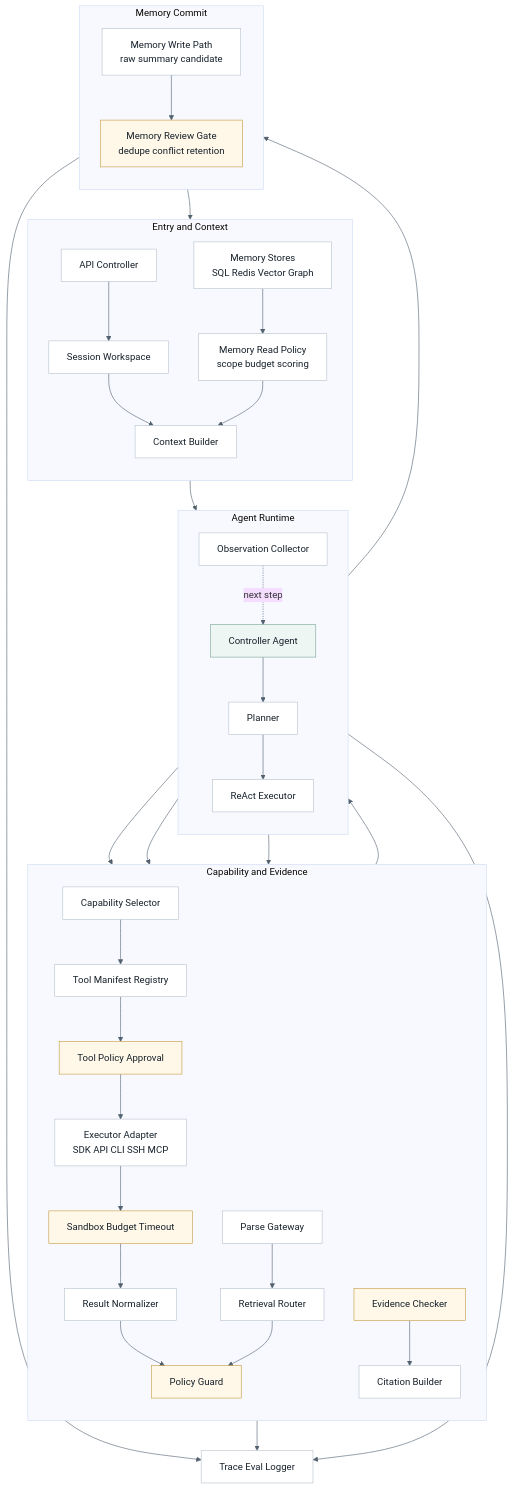
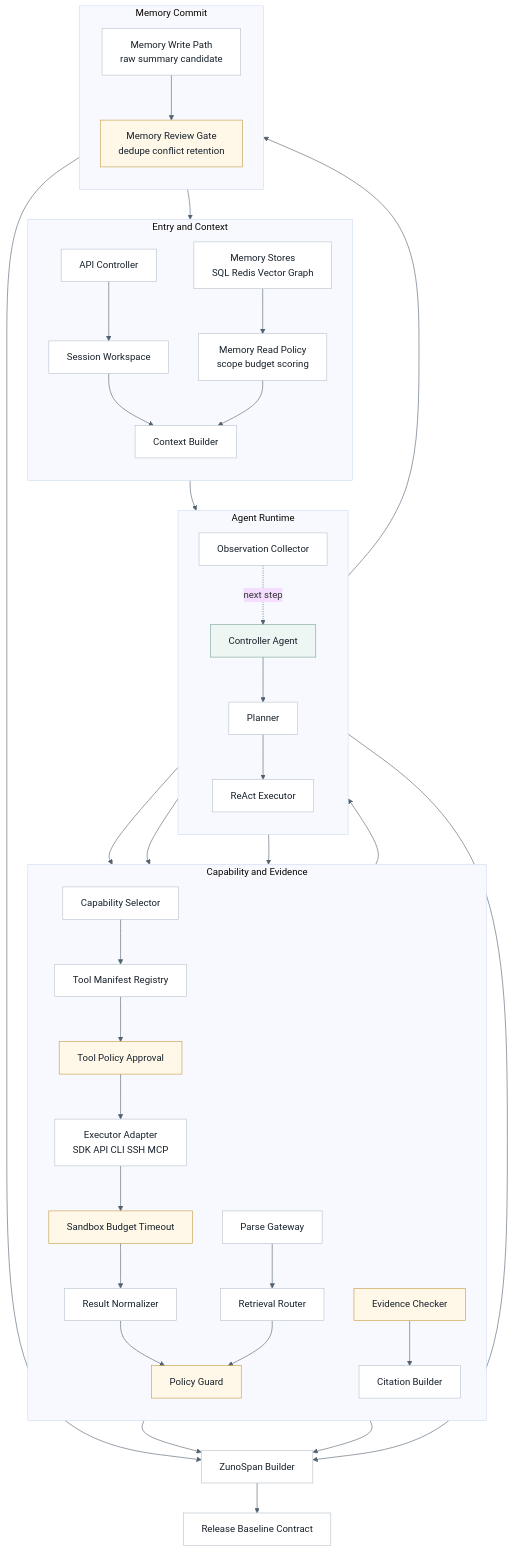
The seventh of 10 diagrams in docs/architecture/architecture.md (ProfessorZhi/Zuno), drawn with Mermaid before and after one commit. The commit also changed other lines of this file and 21 other files, not shown here.

Commit message:
docs: refresh architecture docs and diagrams

````diff
--- a/docs/architecture/architecture.md
+++ b/docs/architecture/architecture.md
@@ -1461,62 +1472,65 @@
 ```mermaid
 %%{init: {"theme": "base", "themeVariables": {"background": "#f7f8fb", "lineColor": "#52616f"}}}%%
 flowchart TB
   classDef node fill:#ffffff,stroke:#b8c2cc,stroke-width:1px,color:#16202a;
   classDef accent fill:#eef6f3,stroke:#7aa59a,stroke-width:1px,color:#16202a;
   classDef warn fill:#fff8e8,stroke:#c59b43,stroke-width:1px,color:#16202a;
 
   API["API Controller"]
   SESSION["Session Workspace"]
   CONTEXT["Context Builder"]
   MEMREAD["Memory Read Policy<br/>scope budget scoring"]
   MEMSTORE["Memory Stores<br/>SQL Redis Vector Graph"]
   MEMWRITE["Memory Write Path<br/>raw summary candidate"]
   MEMREVIEW["Memory Review Gate<br/>dedupe conflict retention"]:::warn
   AGENT["Controller Agent"]:::accent
   PLANNER["Planner"]
   REACT["ReAct Executor"]
   TOOLSEL["Capability Selector"]
   TOOLREG["Tool Manifest Registry"]
   TOOLPOL["Tool Policy Approval"]:::warn
   EXECAD["Executor Adapter<br/>SDK API CLI SSH MCP"]
   SANDBOX["Sandbox Budget Timeout"]:::warn
   NORMAL["Result Normalizer"]
   RETROUTER["Retrieval Router"]
   INGEST["Parse Gateway"]
   POLICY["Policy Guard"]:::warn
   OBS["Observation Collector"]
   EVID["Evidence Checker"]:::warn
   CIT["Citation Builder"]
-  TRACE["Trace Eval Logger"]
+  TRACE["ZunoSpan Builder"]
+  BASELINE["Release Baseline Contract"]
 
   subgraph ENTRY["Entry and Context"]
     direction TB
     API --> SESSION --> CONTEXT
     MEMSTORE --> MEMREAD --> CONTEXT
   end
 
   subgraph RUNTIME["Agent Runtime"]
     direction TB
     AGENT --> PLANNER --> REACT
     OBS -. next step .-> AGENT
   end
 
   subgraph CAP["Capability and Evidence"]
     direction TB
     REACT --> TOOLSEL --> TOOLREG --> TOOLPOL --> EXECAD --> SANDBOX --> NORMAL --> POLICY
     REACT --> RETROUTER --> POLICY
     INGEST --> RETROUTER
     POLICY --> OBS --> EVID --> CIT
   end
 
   subgraph MEMORYC["Memory Commit"]
     direction TB
     OBS --> MEMWRITE --> MEMREVIEW --> MEMSTORE
   end
 
   CONTEXT --> AGENT
   CIT --> TRACE
   MEMREVIEW --> TRACE
+  SANDBOX --> TRACE
   AGENT --> TRACE
-  class API,SESSION,CONTEXT,MEMREAD,MEMSTORE,MEMWRITE,PLANNER,REACT,TOOLSEL,TOOLREG,EXECAD,NORMAL,RETROUTER,INGEST,OBS,CIT,TRACE node;
+  TRACE --> BASELINE
+  class API,SESSION,CONTEXT,MEMREAD,MEMSTORE,MEMWRITE,PLANNER,REACT,TOOLSEL,TOOLREG,EXECAD,NORMAL,RETROUTER,INGEST,OBS,CIT,TRACE,BASELINE node;
 ```
````
